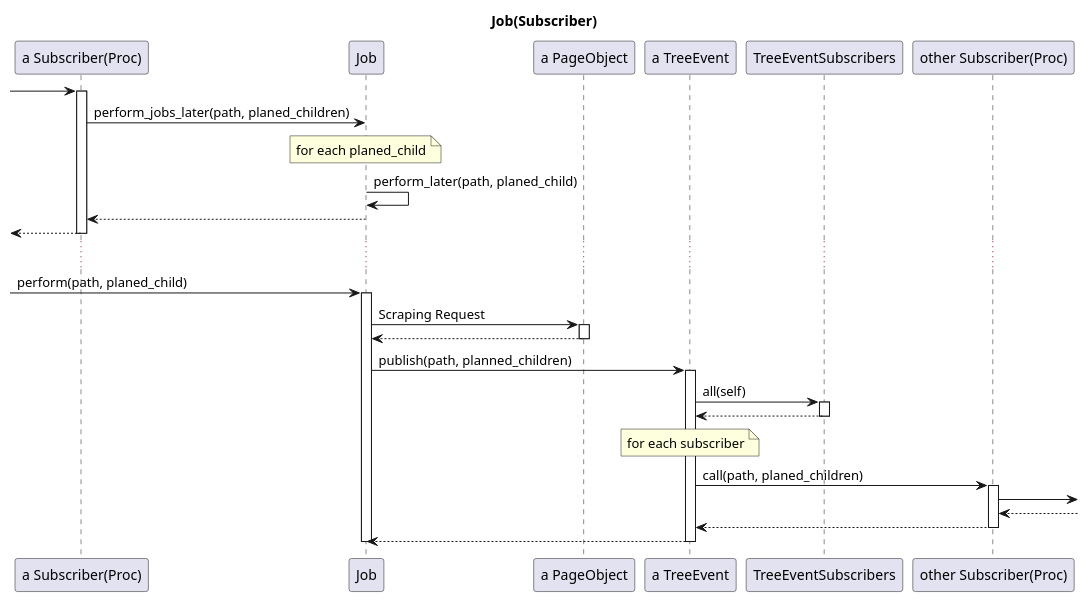
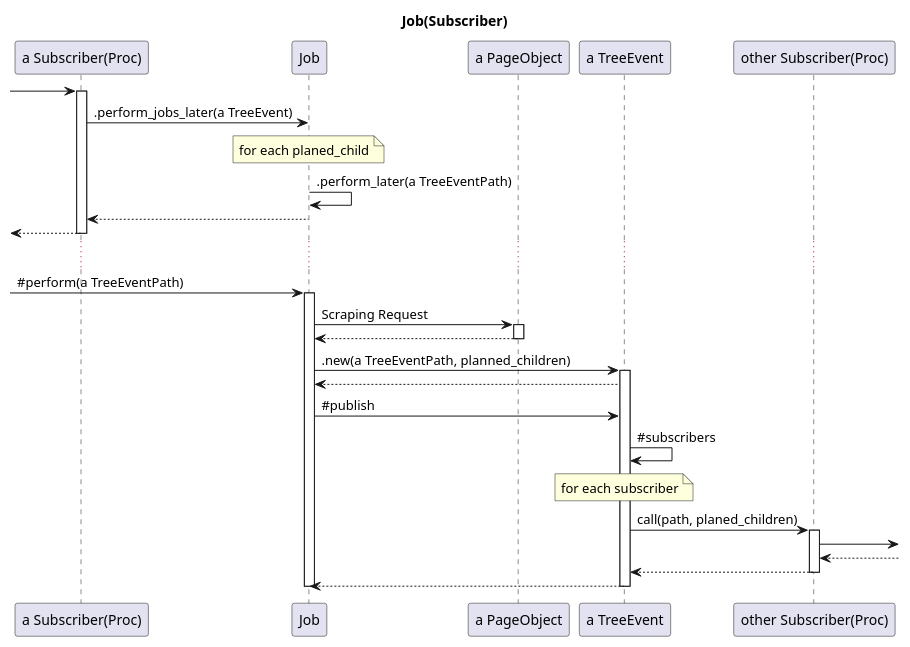
Before and after one commit to mokuo/tennis-court-agent: the second of 4 diagrams in docs/yokohama/yokohama.pu, drawn with PlantUML. The commit also changed other lines of this file and 4 other files, not shown here.

Commit message:
s PlantUML でシーケンス図を作成

```diff
--- a/docs/yokohama/yokohama.pu
+++ b/docs/yokohama/yokohama.pu
@@ -44,43 +43,41 @@
 @startuml job
 title Job(Subscriber)
 
 -> "a Subscriber(Proc)"
 activate "a Subscriber(Proc)"
-  "a Subscriber(Proc)" -> Job: perform_jobs_later(path, planed_children)
+  "a Subscriber(Proc)" -> Job: .perform_jobs_later(a TreeEvent)
   note over Job
     for each planed_child
   end note
-  Job -> Job: perform_later(path, planed_child)
+  Job -> Job: .perform_later(a TreeEventPath)
   "a Subscriber(Proc)" <-- Job
 <-- "a Subscriber(Proc)"
 deactivate "a Subscriber(Proc)"
 ...
-
--> Job: perform(path, planed_child)
+-> Job: ~#perform(a TreeEventPath)
 activate Job
   Job -> "a PageObject": Scraping Request
   activate "a PageObject"
   "a PageObject" --> Job
   deactivate "a PageObject"
 
-  Job -> "a TreeEvent": publish(path, planned_children)
+  Job -> "a TreeEvent": .new(a TreeEventPath, planned_children)
   activate "a TreeEvent"
-    "a TreeEvent" -> TreeEventSubscribers: all(self)
-    activate TreeEventSubscribers
-    "a TreeEvent" <-- TreeEventSubscribers
-    deactivate TreeEventSubscribers
+    Job <-- "a TreeEvent"
+    Job -> "a TreeEvent": ~#publish
+    "a TreeEvent" -> "a TreeEvent": ~#subscribers
 
     note over "a TreeEvent"
       for each subscriber
     end note
 
     "a TreeEvent" -> "other Subscriber(Proc)": call(path, planed_children)
     activate "other Subscriber(Proc)"
       "other Subscriber(Proc)" ->
       "other Subscriber(Proc)" <--
     "a TreeEvent" <-- "other Subscriber(Proc)"
     deactivate "other Subscriber(Proc)"
   Job <-- "a TreeEvent"
   deactivate "a TreeEvent"
 deactivate Job
 @enduml
```
